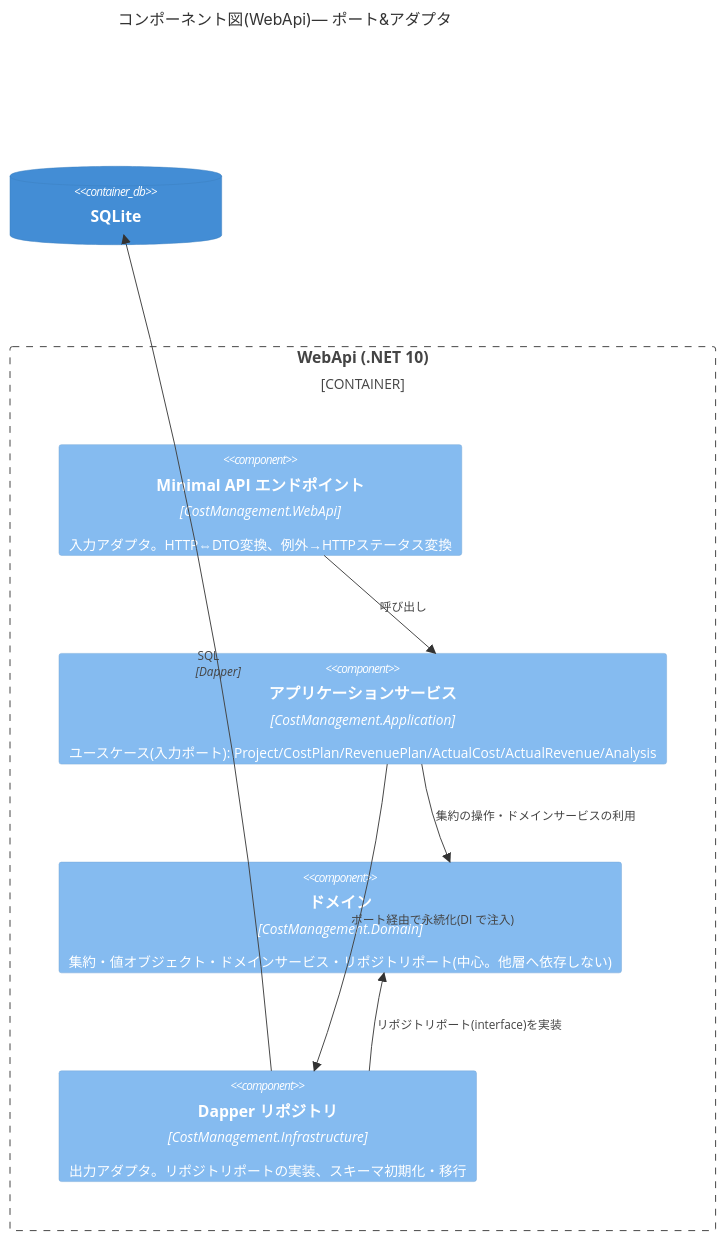
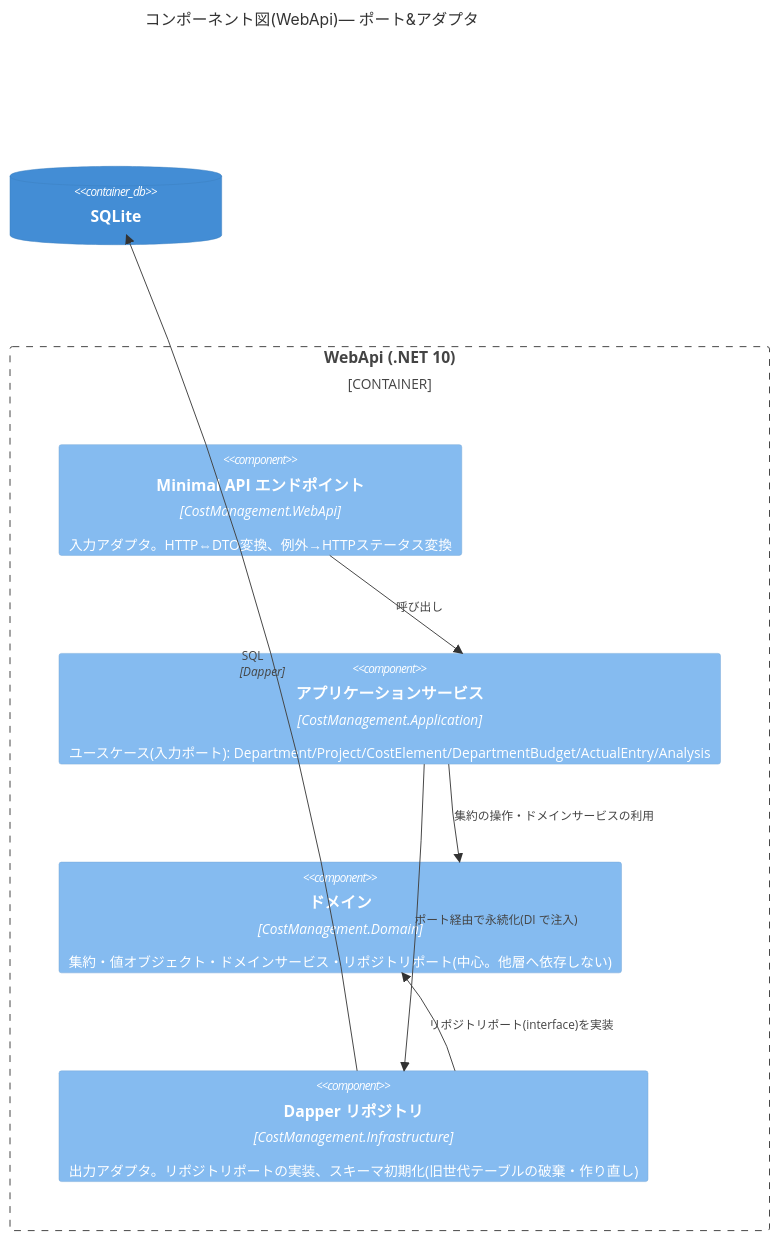
One commit to kyamanaka0923/fcpl-cost-management-system changed the fourth of 9 diagrams in docs/DESIGN.md. Above: the diagram before and after it, drawn with Mermaid. The commit also changed other lines of this file and 8 other files, not shown here.

````diff
--- a/docs/DESIGN.md
+++ b/docs/DESIGN.md
@@ -94,16 +95,16 @@
 ```mermaid
 C4Component
     title コンポーネント図(WebApi)— ポート&アダプタ
     Container_Boundary(api, "WebApi (.NET 10)") {
         Component(endpoints, "Minimal API エンドポイント", "CostManagement.WebApi", "入力アダプタ。HTTP⇔DTO変換、例外→HTTPステータス変換")
-        Component(app, "アプリケーションサービス", "CostManagement.Application", "ユースケース(入力ポート): Project/CostPlan/RevenuePlan/ActualCost/ActualRevenue/Analysis")
+        Component(app, "アプリケーションサービス", "CostManagement.Application", "ユースケース(入力ポート): Department/Project/CostElement/DepartmentBudget/ActualEntry/Analysis")
         Component(domain, "ドメイン", "CostManagement.Domain", "集約・値オブジェクト・ドメインサービス・リポジトリポート(中心。他層へ依存しない)")
-        Component(infra, "Dapper リポジトリ", "CostManagement.Infrastructure", "出力アダプタ。リポジトリポートの実装、スキーマ初期化・移行")
+        Component(infra, "Dapper リポジトリ", "CostManagement.Infrastructure", "出力アダプタ。リポジトリポートの実装、スキーマ初期化(旧世代テーブルの破棄・作り直し)")
     }
     ContainerDb(db, "SQLite", "", "")
     Rel(endpoints, app, "呼び出し")
     Rel(app, domain, "集約の操作・ドメインサービスの利用")
     Rel(infra, domain, "リポジトリポート(interface)を実装")
     Rel(app, infra, "ポート経由で永続化(DI で注入)")
     Rel(infra, db, "SQL", "Dapper")
 ```
````
